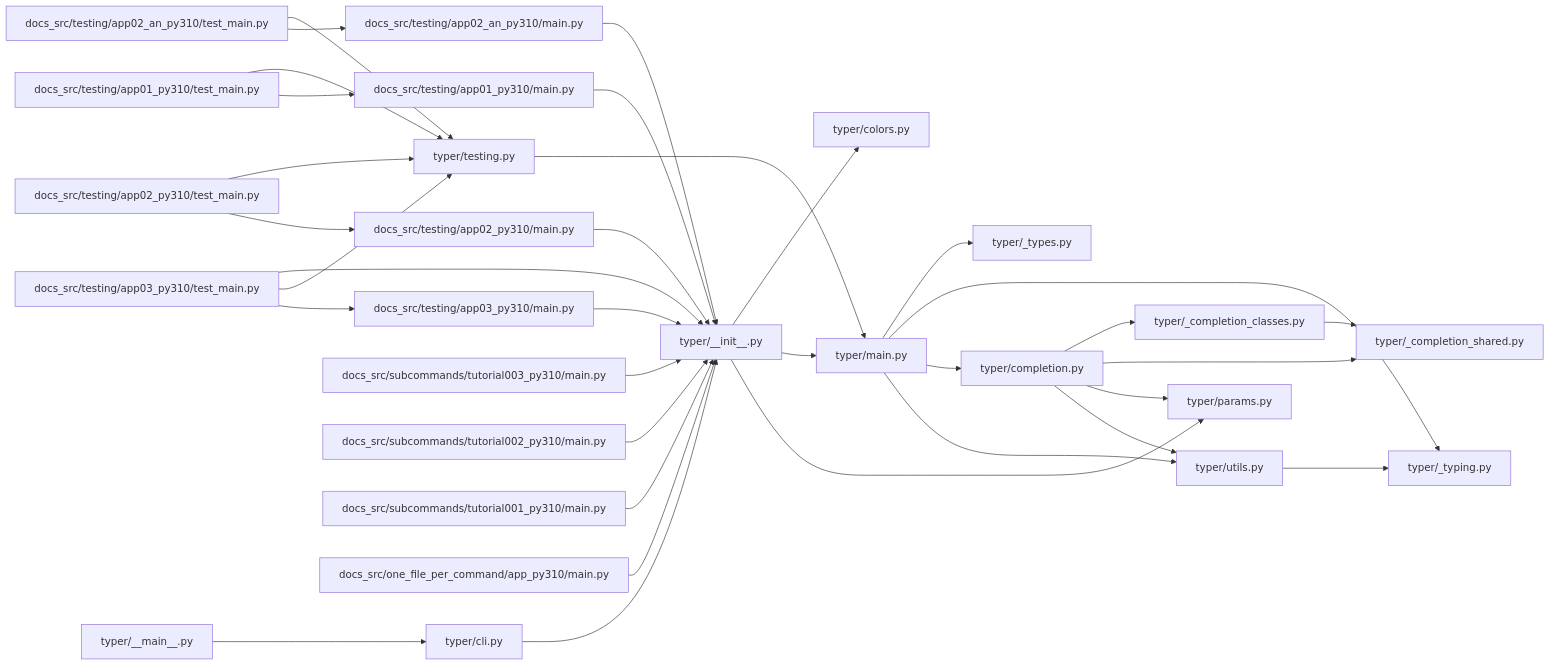
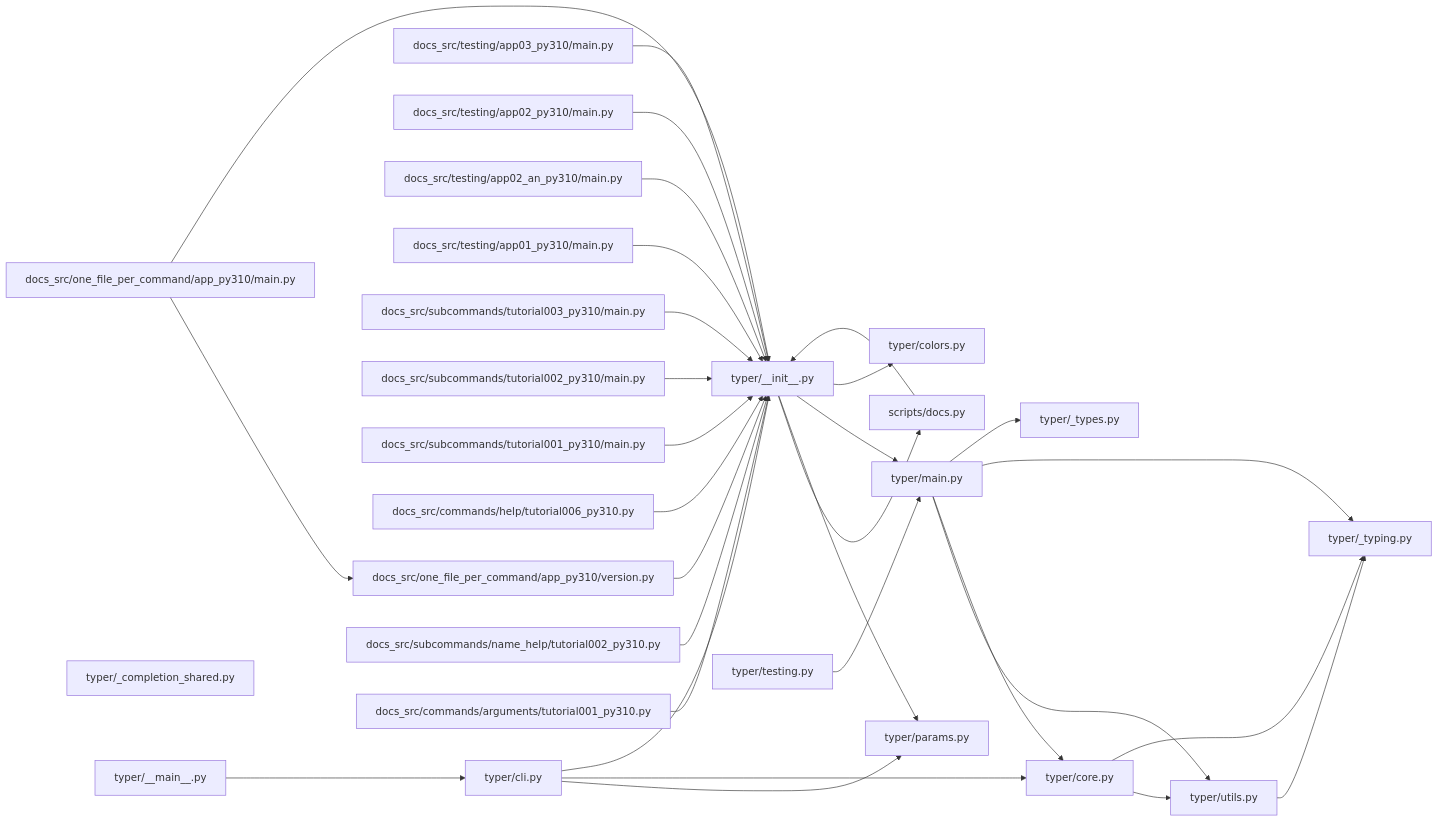
One commit to hey-granth/codectx-benchmarking changed the diagram in benchmark_results/contexts/typer_CONTEXT.md. Above: the diagram before and after it, drawn with Mermaid. The commit also changed other lines of this file and 9 other files, not shown here.

````diff
--- a/benchmark_results/contexts/typer_CONTEXT.md
+++ b/benchmark_results/contexts/typer_CONTEXT.md
@@ -1824,61 +1682,58 @@
 ```mermaid
 graph LR
     f0["typer/__init__.py"]
     f1["typer/testing.py"]
-    f2["typer/main.py"]
-    f3["typer/cli.py"]
+    f2["typer/cli.py"]
+    f3["typer/main.py"]
     f4["typer/__main__.py"]
-    f5["docs_src/testing/app03_py310/main.py"]
-    f6["docs_src/testing/app02_py310/main.py"]
-    f7["docs_src/testing/app02_an_py310/main.py"]
-    f8["docs_src/testing/app01_py310/main.py"]
-    f9["typer/completion.py"]
-    f10["docs_src/subcommands/tutorial003_py310/main.py"]
-    f11["docs_src/subcommands/tutorial002_py310/main.py"]
-    f12["docs_src/subcommands/tutorial001_py310/main.py"]
-    f13["typer/utils.py"]
-    f14["typer/_typing.py"]
-    f15["typer/_types.py"]
-    f16["typer/_completion_shared.py"]
-    f17["docs_src/one_file_per_command/app_py310/main.py"]
-    f18["typer/_completion_classes.py"]
-    f19["typer/params.py"]
+    f5["typer/params.py"]
+    f6["typer/_completion_shared.py"]
+    f7["typer/core.py"]
+    f8["docs_src/testing/app03_py310/main.py"]
+    f9["docs_src/testing/app02_py310/main.py"]
+    f10["docs_src/testing/app02_an_py310/main.py"]
+    f11["docs_src/testing/app01_py310/main.py"]
+    f12["docs_src/subcommands/tutorial003_py310/main.py"]
+    f13["docs_src/subcommands/tutorial002_py310/main.py"]
+    f14["docs_src/subcommands/tutorial001_py310/main.py"]
+    f15["typer/utils.py"]
+    f16["typer/_typing.py"]
+    f17["typer/_types.py"]
+    f18["docs_src/commands/help/tutorial006_py310.py"]
+    f19["docs_src/one_file_per_command/app_py310/main.py"]
     f20["typer/colors.py"]
-    f21["docs_src/testing/app03_py310/test_main.py"]
-    f22["docs_src/testing/app01_py310/test_main.py"]
-    f23["docs_src/testing/app02_py310/test_main.py"]
-    f24["docs_src/testing/app02_an_py310/test_main.py"]
-    f0 --> f19
-    f0 --> f2
+    f21["docs_src/one_file_per_command/app_py310/version.py"]
+    f22["docs_src/subcommands/name_help/tutorial002_py310.py"]
+    f23["docs_src/commands/arguments/tutorial001_py310.py"]
+    f24["scripts/docs.py"]
+    f0 --> f24
+    f0 --> f5
+    f0 --> f3
     f0 --> f20
-    f1 --> f2
-    f2 --> f13
-    f2 --> f9
-    f2 --> f14
-    f2 --> f15
-    f3 --> f0
-    f4 --> f3
-    f5 --> f0
-    f6 --> f0
-    f7 --> f0
+    f1 --> f3
+    f2 --> f5
+    f2 --> f7
+    f2 --> f0
+    f3 --> f15
+    f3 --> f7
+    f3 --> f16
+    f3 --> f17
+    f4 --> f2
+    f7 --> f15
+    f7 --> f16
     f8 --> f0
-    f9 --> f13
-    f9 --> f19
-    f9 --> f16
-    f9 --> f18
+    f9 --> f0
     f10 --> f0
     f11 --> f0
     f12 --> f0
-    f13 --> f14
-    f17 --> f0
-    f18 --> f16
-    f21 --> f5
-    f21 --> f1
+    f13 --> f0
+    f14 --> f0
+    f15 --> f16
+    f18 --> f0
+    f19 --> f21
+    f19 --> f0
     f21 --> f0
-    f22 --> f8
-    f22 --> f1
-    f23 --> f6
-    f23 --> f1
-    f24 --> f7
-    f24 --> f1
+    f22 --> f0
+    f23 --> f0
+    f24 --> f0
 ```
````
